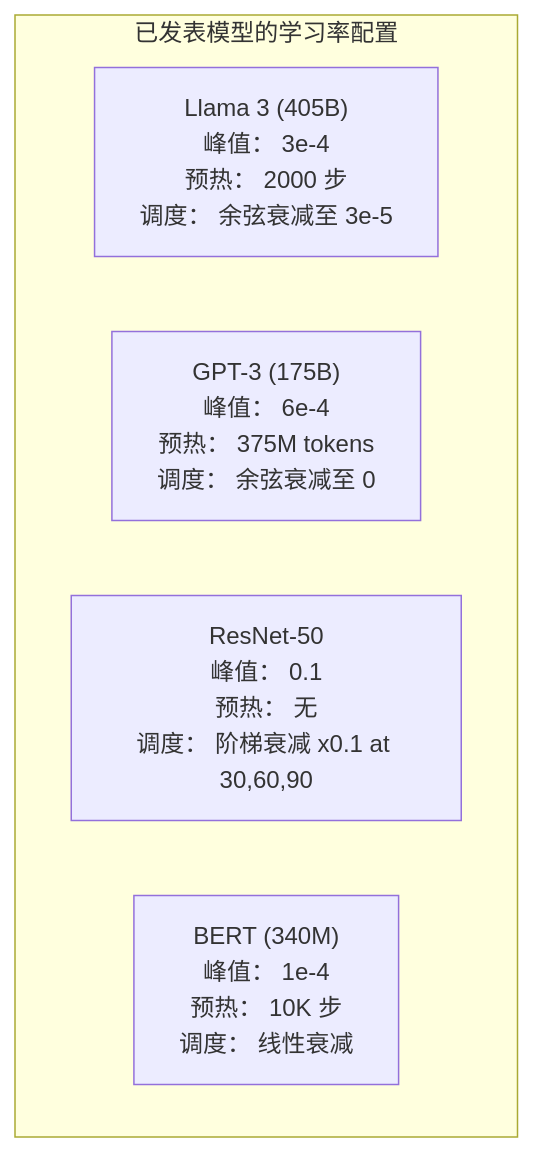
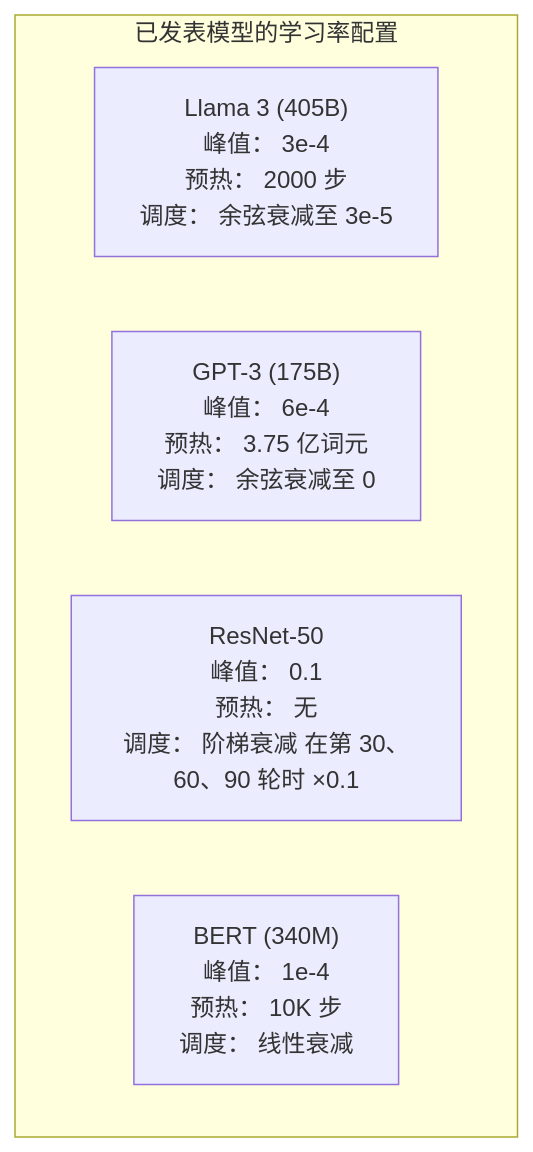
The third of 3 diagrams in content/translations/practice/03-deep-learning-core/09-learning-rate-schedules/zh.md (huangyue12120/Learning-Atlas), drawn with Mermaid before and after one commit. The commit also changed other lines of this file and 24 other files, not shown here.

Commit message:
fix(reader): localize Mermaid in source content

````diff
--- a/content/translations/practice/03-deep-learning-core/09-learning-rate-schedules/zh.md
+++ b/content/translations/practice/03-deep-learning-core/09-learning-rate-schedules/zh.md
@@ -154,9 +154,9 @@
 ```mermaid
 graph TD
     subgraph "已发表模型的学习率配置"
         L3["Llama 3 (405B)<br/>峰值： 3e-4<br/>预热： 2000 步<br/>调度： 余弦衰减至 3e-5"]
-        G3["GPT-3 (175B)<br/>峰值： 6e-4<br/>预热： 375M tokens<br/>调度： 余弦衰减至 0"]
-        R50["ResNet-50<br/>峰值： 0.1<br/>预热： 无<br/>调度： 阶梯衰减 x0.1 at 30,60,90"]
+        G3["GPT-3 (175B)<br/>峰值： 6e-4<br/>预热： 3.75 亿词元<br/>调度： 余弦衰减至 0"]
+        R50["ResNet-50<br/>峰值： 0.1<br/>预热： 无<br/>调度： 阶梯衰减 在第 30、60、90 轮时 ×0.1"]
         B["BERT (340M)<br/>峰值： 1e-4<br/>预热： 10K 步<br/>调度： 线性衰减"]
     end
 ```
````
